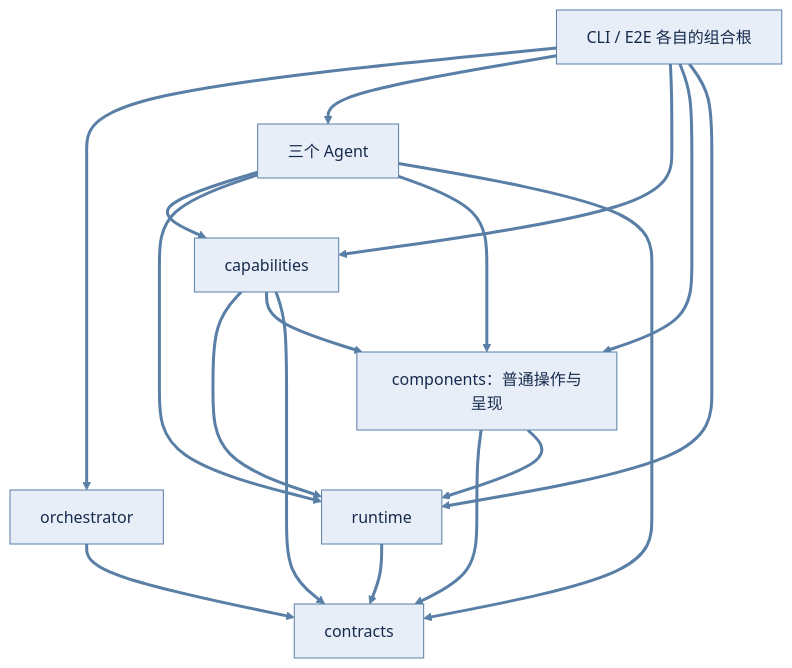
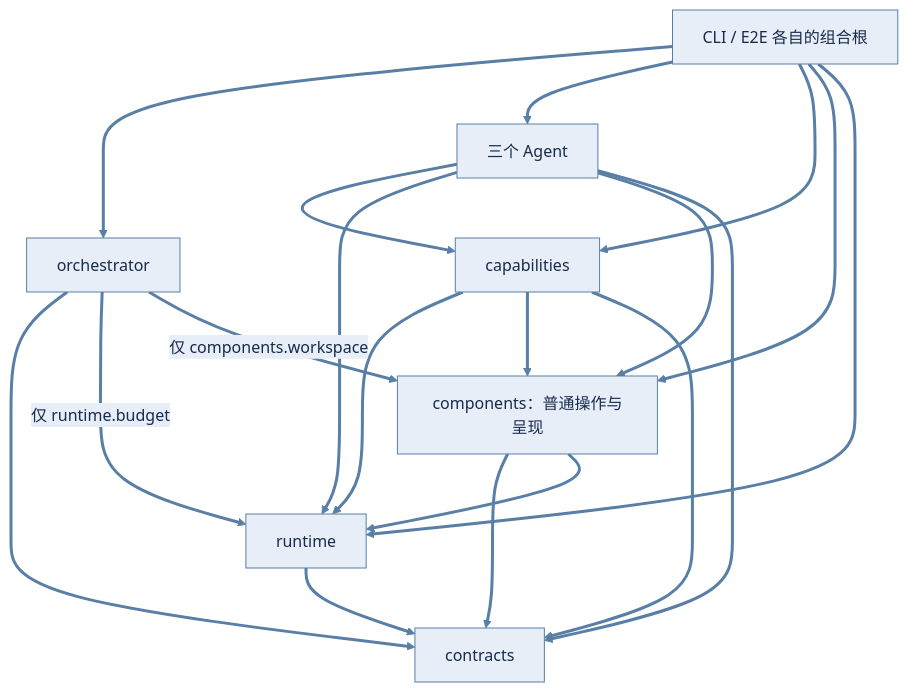
The second of 2 diagrams in docs/current/ARCHITECTURE.md (ylc123456789/ResAgent2), drawn with Mermaid before and after one commit. The commit also changed other lines of this file and 12 other files, not shown here.

````diff
--- a/docs/current/ARCHITECTURE.md
+++ b/docs/current/ARCHITECTURE.md
@@ -56,21 +56,23 @@
 ```mermaid
 %%{init: {"theme": "base", "themeVariables": {"primaryColor": "#e8eef8", "primaryTextColor": "#172b4d", "primaryBorderColor": "#597fa6", "lineColor": "#597fa6", "textColor": "#172b4d", "edgeLabelBackground": "#e8eef8"}, "flowchart": {"nodeSpacing": 50, "rankSpacing": 60}}}%%
 flowchart TB
     Runtime[runtime] --> Contracts[contracts]
     Components[components：普通操作与呈现] --> Contracts
     Components --> Runtime
     Caps[capabilities] --> Runtime
     Caps --> Components
     Caps --> Contracts
     Agents[三个 Agent] --> Caps
     Agents --> Runtime
     Agents --> Components
     Agents --> Contracts
     Orch[orchestrator] --> Contracts
+    Orch -->|仅 runtime.budget| Runtime
+    Orch -->|仅 components.workspace| Components
     Root[CLI / E2E 各自的组合根] --> Orch
     Root --> Agents
     Root --> Caps
     Root --> Components
     Root --> Runtime
     linkStyle default stroke:#597fa6,stroke-width:3px
 ```
````
